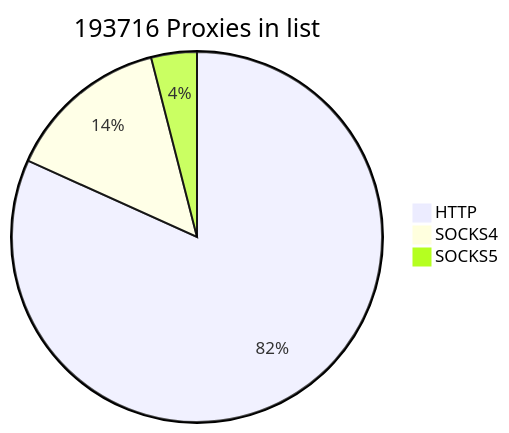
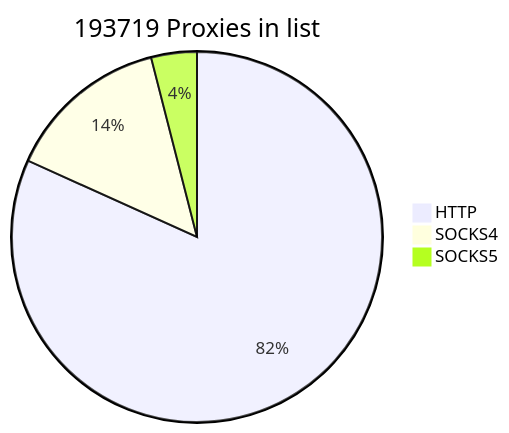
Before and after one commit to cutipu/proxylist: the first of 2 diagrams in README.md, drawn with Mermaid. The commit also changed other lines of this file, not shown here.

````diff
--- a/README.md
+++ b/README.md
@@ -2,7 +2,7 @@
 ```mermaid
-pie title 193716 Proxies in list
-    "HTTP" : 158369
-    "SOCKS4" : 27624
+pie title 193719 Proxies in list
+    "HTTP" : 158370
+    "SOCKS4" : 27626
     "SOCKS5" : 7723
             
 ```
````
